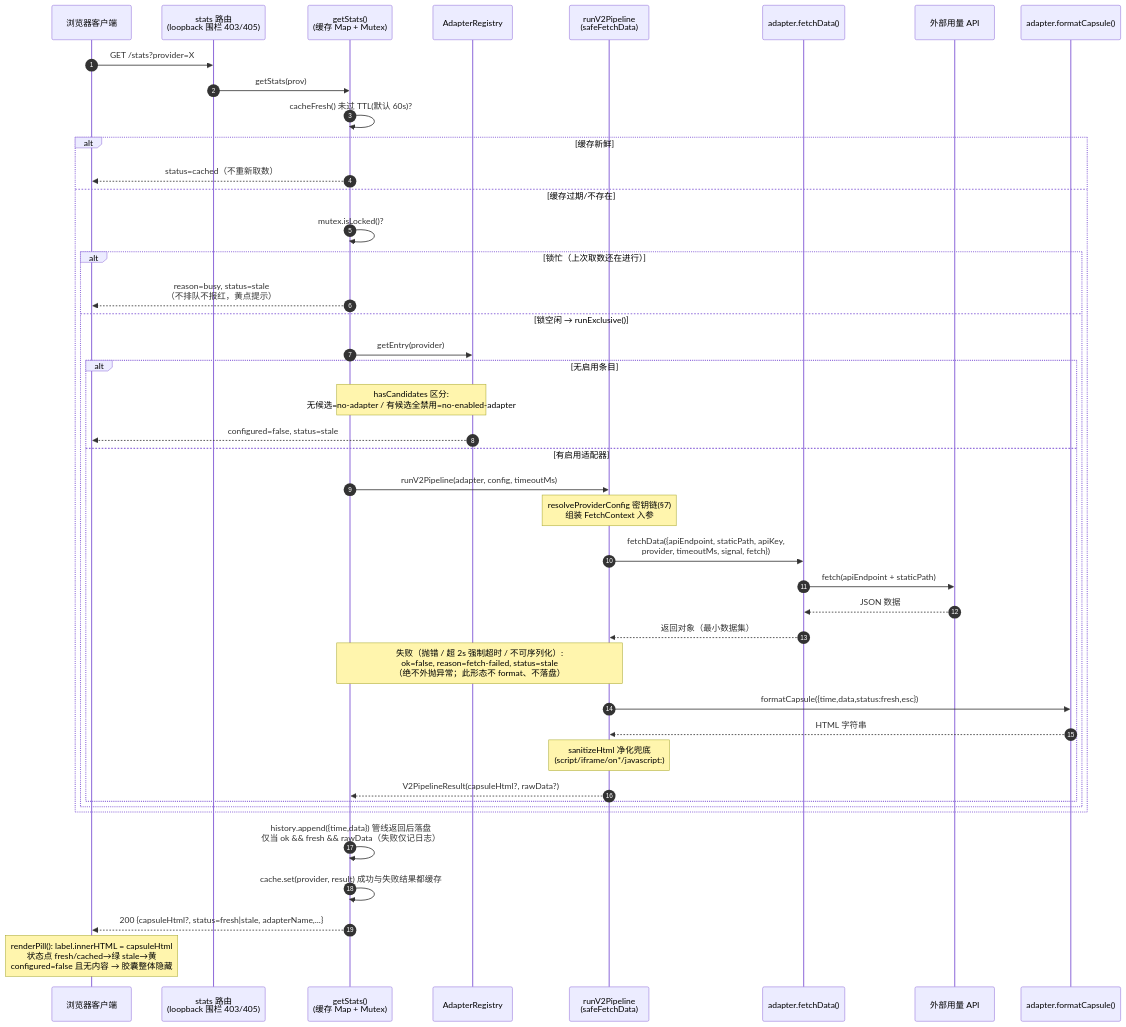
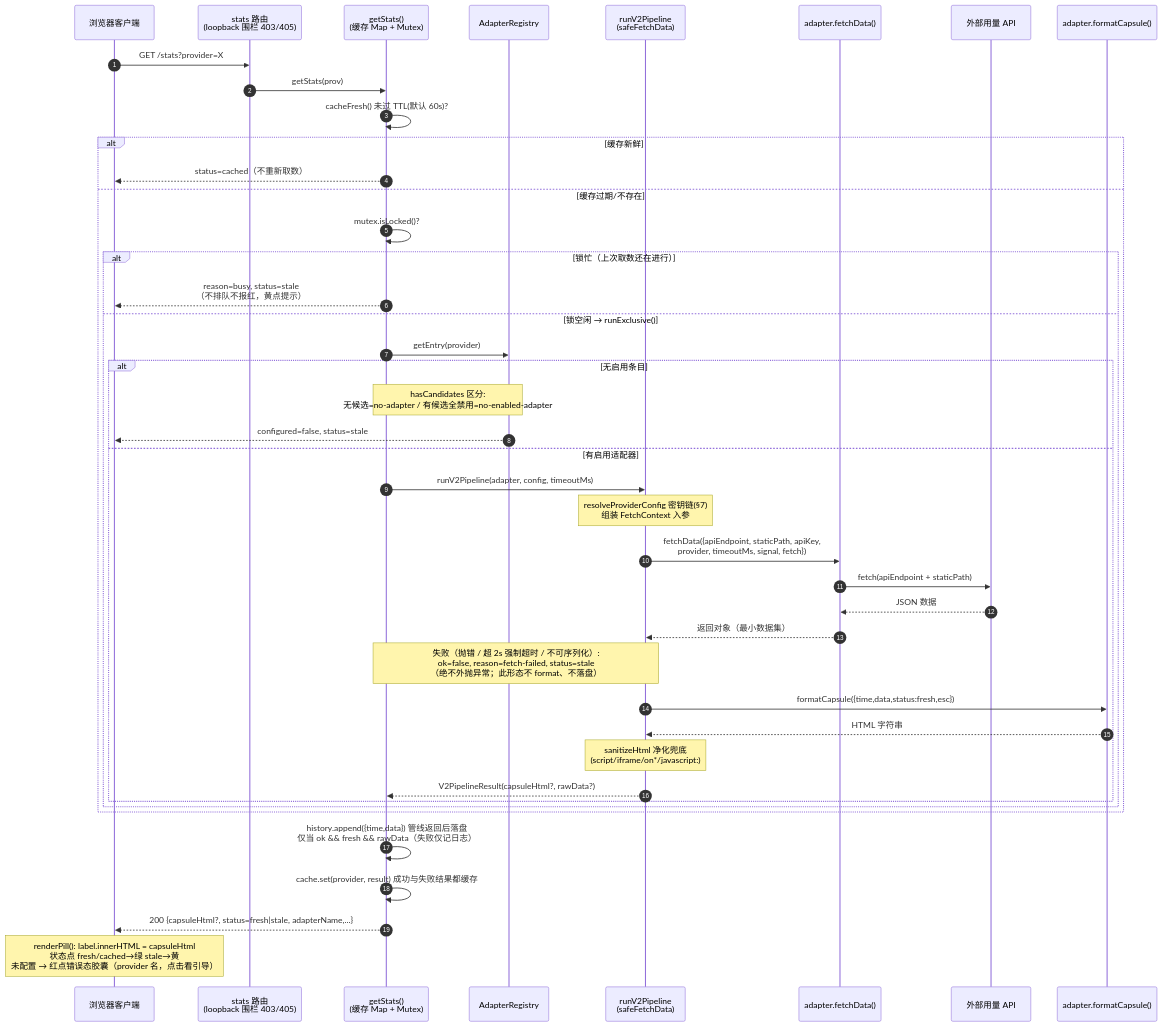
The third of 10 diagrams in packages/dsh-provider-usage/docs/architecture.md (wingsky-1/dsh-plugin-hub), drawn with Mermaid before and after one commit. The commit also changed other lines of this file and 4 other files, not shown here.

````diff
--- a/packages/dsh-provider-usage/docs/architecture.md
+++ b/packages/dsh-provider-usage/docs/architecture.md
@@ -100,46 +100,46 @@
 ```mermaid
 sequenceDiagram
     autonumber
     participant B as 浏览器客户端
     participant R as stats 路由<br/>(loopback 围栏 403/405)
     participant G as getStats()<br/>(缓存 Map + Mutex)
     participant RG as AdapterRegistry
     participant P as runV2Pipeline<br/>(safeFetchData)
     participant AD as adapter.fetchData()
     participant API as 外部用量 API
     participant F as adapter.formatCapsule()
 
     B->>R: GET /stats?provider=X
     R->>G: getStats(prov)
     G->>G: cacheFresh() 未过 TTL(默认 60s)?
     alt 缓存新鲜
         G-->>B: status=cached（不重新取数）
     else 缓存过期/不存在
         G->>G: mutex.isLocked()?
         alt 锁忙（上次取数还在进行）
             G-->>B: reason=busy, status=stale<br/>（不排队不报红，黄点提示）
         else 锁空闲 → runExclusive()
             G->>RG: getEntry(provider)
             alt 无启用条目
                 Note over RG,G: hasCandidates 区分:<br/>无候选=no-adapter / 有候选全禁用=no-enabled-adapter
                 RG-->>B: configured=false, status=stale
             else 有启用适配器
                 G->>P: runV2Pipeline(adapter, config, timeoutMs)
                 Note over P: resolveProviderConfig 密钥链(§7)<br/>组装 FetchContext 入参
                 P->>AD: fetchData({apiEndpoint, staticPath, apiKey,<br/>provider, timeoutMs, signal, fetch})
                 AD->>API: fetch(apiEndpoint + staticPath)
                 API-->>AD: JSON 数据
                 AD-->>P: 返回对象（最小数据集）
                 Note over P,G: 失败（抛错 / 超 2s 强制超时 / 不可序列化）:<br/>ok=false, reason=fetch-failed, status=stale<br/>（绝不外抛异常；此形态不 format、不落盘）
                 P->>F: formatCapsule({time,data,status:fresh,esc})
                 F-->>P: HTML 字符串
                 Note over P: sanitizeHtml 净化兜底<br/>(script/iframe/on*/javascript:)
                 P-->>G: V2PipelineResult(capsuleHtml?, rawData?)
             end
         end
     end
     G->>G: history.append({time,data}) 管线返回后落盘<br/>仅当 ok && fresh && rawData（失败仅记日志）
     G->>G: cache.set(provider, result) 成功与失败结果都缓存
     G-->>B: 200 {capsuleHtml?, status=fresh|stale, adapterName,...}
-    Note over B: renderPill(): label.innerHTML = capsuleHtml<br/>状态点 fresh/cached→绿 stale→黄<br/>configured=false 且无内容 → 胶囊整体隐藏
+    Note over B: renderPill(): label.innerHTML = capsuleHtml<br/>状态点 fresh/cached→绿 stale→黄<br/>未配置 → 红点错误态胶囊（provider 名，点击看引导）
 ```
````
